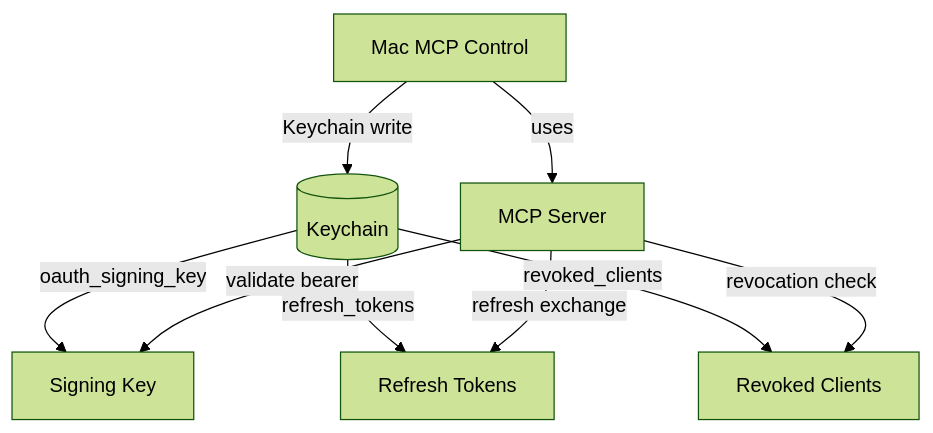
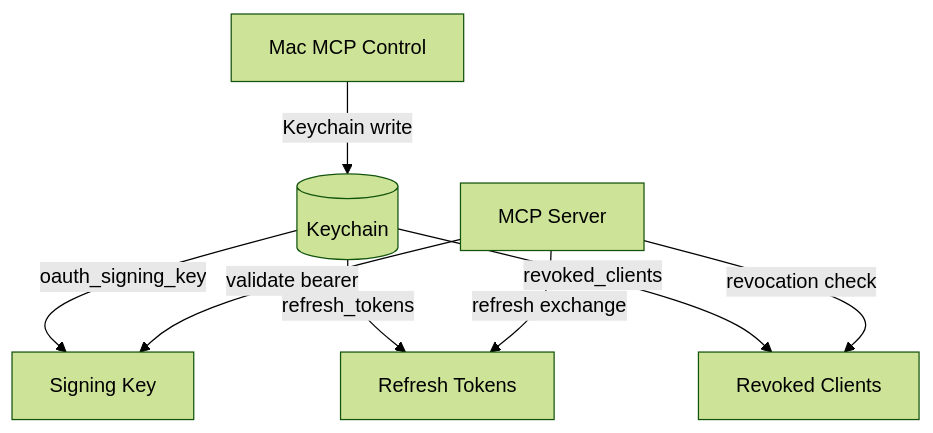
The second of 2 diagrams in README.md (michaellatman/MacMCPControl), drawn with Mermaid (forest theme) before and after one commit. The commit also changed other lines of this file, not shown here.

````diff
--- a/README.md
+++ b/README.md
@@ -138,11 +87,10 @@
 ```mermaid
 flowchart TB
   App[Mac MCP Control] -->|Keychain write| Keychain[(Keychain)]
   Keychain -->|oauth_signing_key| Key[Signing Key]
   Keychain -->|refresh_tokens| Refresh[Refresh Tokens]
   Keychain -->|revoked_clients| Revoked[Revoked Clients]
-  App -->|uses| MCP[MCP Server]
-  MCP -->|validate bearer| Key
+  MCP[MCP Server] -->|validate bearer| Key
   MCP -->|refresh exchange| Refresh
   MCP -->|revocation check| Revoked
 ```
````
